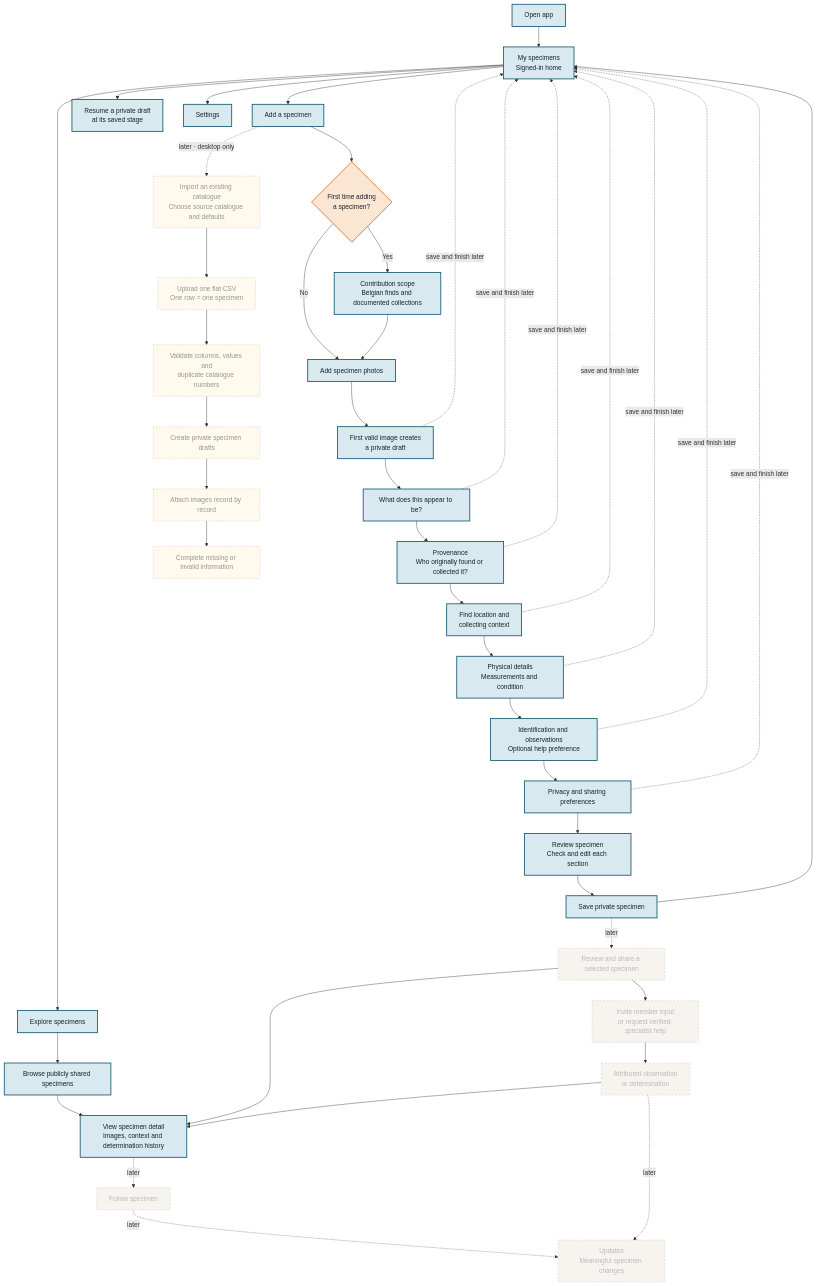
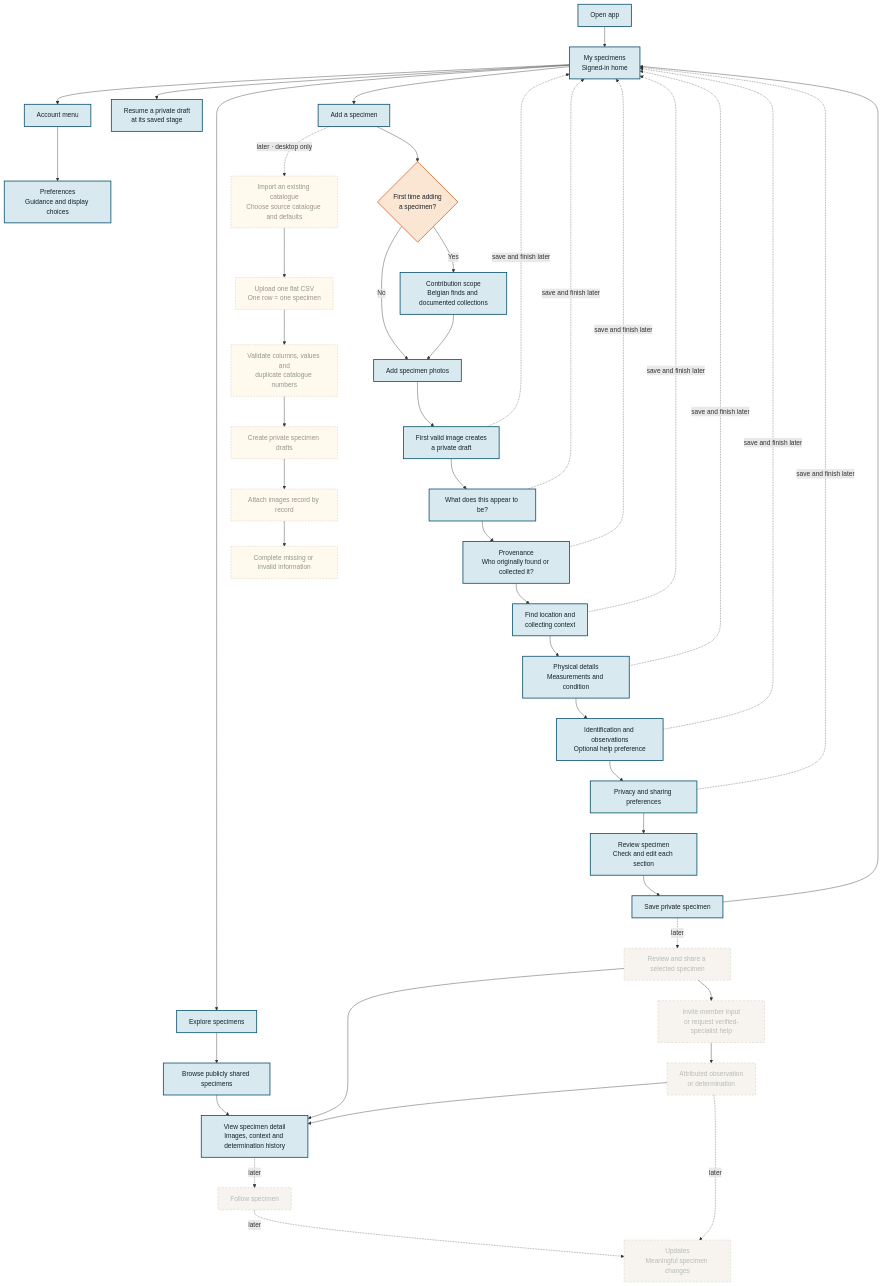
The diagram in docs/prototype-flow.md (HelEvX/belgian-finds-prototype), drawn with Mermaid before and after one commit. The commit also changed other lines of this file and 15 other files, not shown here.

```diff
--- a/docs/prototype-flow.md
+++ b/docs/prototype-flow.md
@@ -10,7 +10,9 @@
     HOME --> RESUME["Resume a private draft
 at its saved stage"]
     HOME --> EXPLORE["Explore specimens"]
-    HOME --> SETTINGS["Settings"]
+    HOME --> ACCOUNT["Account menu"]
+    ACCOUNT --> PREFERENCES["Preferences
+Guidance and display choices"]
 
     %% Public exploration
     EXPLORE --> BROWSE["Browse publicly shared specimens"]
@@ -83,7 +85,7 @@
     classDef planned fill:#f3efe7,stroke:#a99c8c,color:#5a6870,stroke-width:1px,stroke-dasharray:5 4,opacity:0.64;
     classDef future fill:#fff8e9,stroke:#c4ad89,color:#465148,stroke-width:1px,stroke-dasharray:4 3,opacity:0.76;
 
-    class OPEN,HOME,ADD,RESUME,EXPLORE,BROWSE,DETAIL,SETTINGS,SCOPE,PHOTOS,FIRST_IMAGE,TYPE,PROVENANCE,CONTEXT,MEASURE,DESCRIPTION,PRIVACY,REVIEW,SAVE implemented;
+    class OPEN,HOME,ACCOUNT,PREFERENCES,ADD,RESUME,EXPLORE,BROWSE,DETAIL,SCOPE,PHOTOS,FIRST_IMAGE,TYPE,PROVENANCE,CONTEXT,MEASURE,DESCRIPTION,PRIVACY,REVIEW,SAVE implemented;
     class FIRST_TIME decision;
     class SHARE,REQUEST,RESPONSE,FOLLOW,UPDATES planned;
 
```
